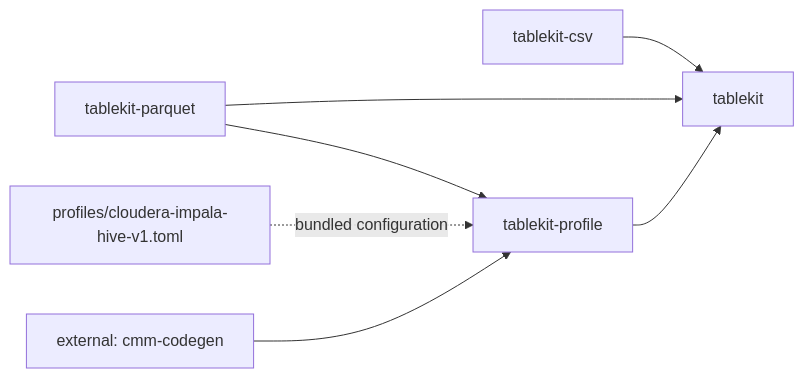
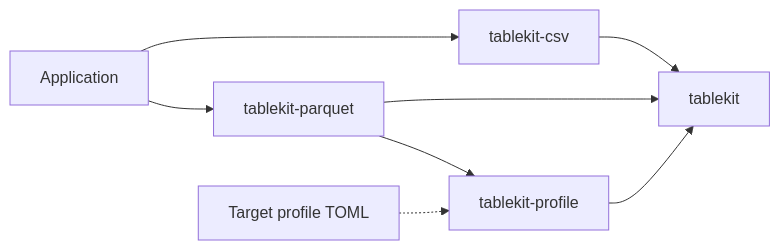
One commit to joey-huckabee/tablekit changed the diagram in docs/PROJECT-MAP.md. Above: the diagram before and after it, drawn with Mermaid. The commit also changed other lines of this file and 15 other files, not shown here.

````diff
--- a/docs/PROJECT-MAP.md
+++ b/docs/PROJECT-MAP.md
@@ -52,9 +8,10 @@
 ```mermaid
 flowchart LR
-  TC["tablekit-csv"] --> TM["tablekit"]
-  TP["tablekit-parquet"] --> TM
-  TP --> PF["tablekit-profile"]
-  PF --> TM
-  CFG["profiles/cloudera-impala-hive-v1.toml"] -.->|bundled configuration| PF
-  CC["external: cmm-codegen"] --> PF
+  APP["Application"] --> CSV["tablekit-csv"]
+  APP --> PARQUET["tablekit-parquet"]
+  CSV --> MODEL["tablekit"]
+  PARQUET --> MODEL
+  PARQUET --> PROFILE["tablekit-profile"]
+  PROFILE --> MODEL
+  TOML["Target profile TOML"] -.-> PROFILE
 ```
````
